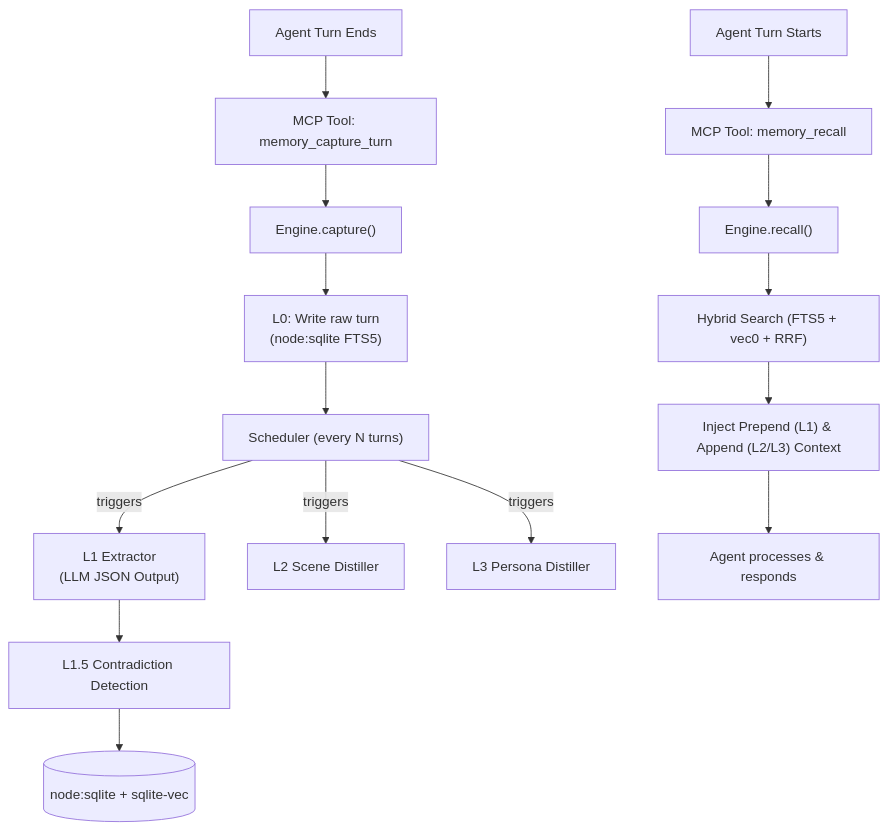
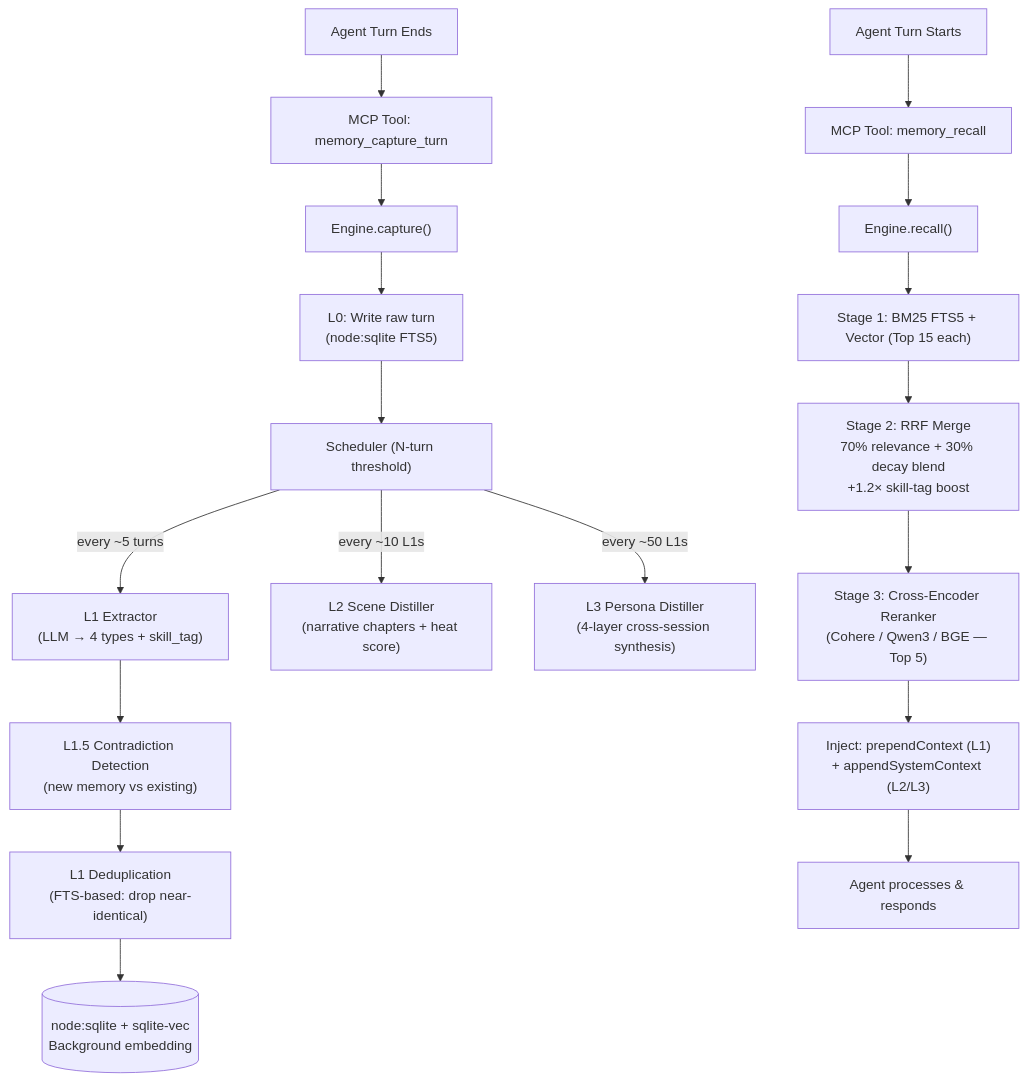
The first of 2 diagrams in BRAINROUTER.md (kinqsradiollc/BrainRouter), drawn with Mermaid before and after one commit. The commit also changed other lines of this file and 2 other files, not shown here.

Commit message:
feat: refactor TencentDB agent memory offloading architecture and update core integration modules

````diff
--- a/BRAINROUTER.md
+++ b/BRAINROUTER.md
@@ -11,18 +33,21 @@
 ```mermaid
 graph TD
     A["Agent Turn Ends"] --> B["MCP Tool: memory_capture_turn"]
     B --> C["Engine.capture()"]
     C --> D["L0: Write raw turn\n(node:sqlite FTS5)"]
-    D --> E["Scheduler (every N turns)"]
-    E -- "triggers" --> F["L1 Extractor\n(LLM JSON Output)"]
-    F --> G["L1.5 Contradiction Detection"]
-    G --> H[(node:sqlite + sqlite-vec)]
-    E -- "triggers" --> I["L2 Scene Distiller"]
-    E -- "triggers" --> J["L3 Persona Distiller"]
-    
-    K["Agent Turn Starts"] --> L["MCP Tool: memory_recall"]
-    L --> M["Engine.recall()"]
-    M --> N["Hybrid Search (FTS5 + vec0 + RRF)"]
-    N --> O["Inject Prepend (L1) & Append (L2/L3) Context"]
-    O --> P["Agent processes & responds"]
+    D --> E["Scheduler (N-turn threshold)"]
+    E -- "every ~5 turns" --> F["L1 Extractor\n(LLM → 4 types + skill_tag)"]
+    F --> G["L1.5 Contradiction Detection\n(new memory vs existing)"]
+    G --> H["L1 Deduplication\n(FTS-based: drop near-identical)"]
+    H --> I[("node:sqlite + sqlite-vec\nBackground embedding")]
+    E -- "every ~10 L1s" --> J["L2 Scene Distiller\n(narrative chapters + heat score)"]
+    E -- "every ~50 L1s" --> K["L3 Persona Distiller\n(4-layer cross-session synthesis)"]
+
+    L["Agent Turn Starts"] --> M["MCP Tool: memory_recall"]
+    M --> N["Engine.recall()"]
+    N --> O["Stage 1: BM25 FTS5 + Vector (Top 15 each)"]
+    O --> P["Stage 2: RRF Merge\n70% relevance + 30% decay blend\n+1.2× skill-tag boost"]
+    P --> Q["Stage 3: Cross-Encoder Reranker\n(Cohere / Qwen3 / BGE — Top 5)"]
+    Q --> R["Inject: prependContext (L1)\n+ appendSystemContext (L2/L3)"]
+    R --> S["Agent processes & responds"]
 ```
````
